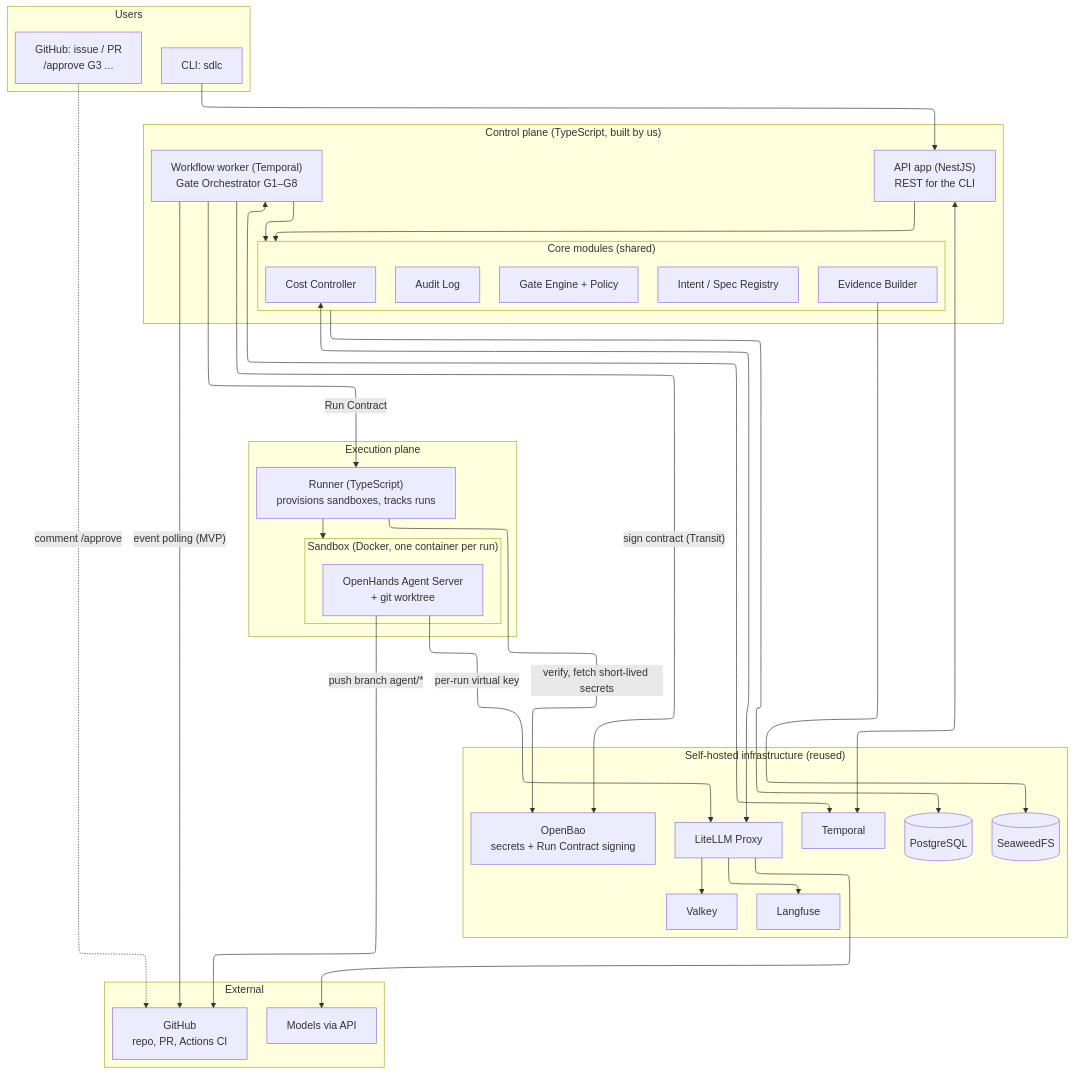
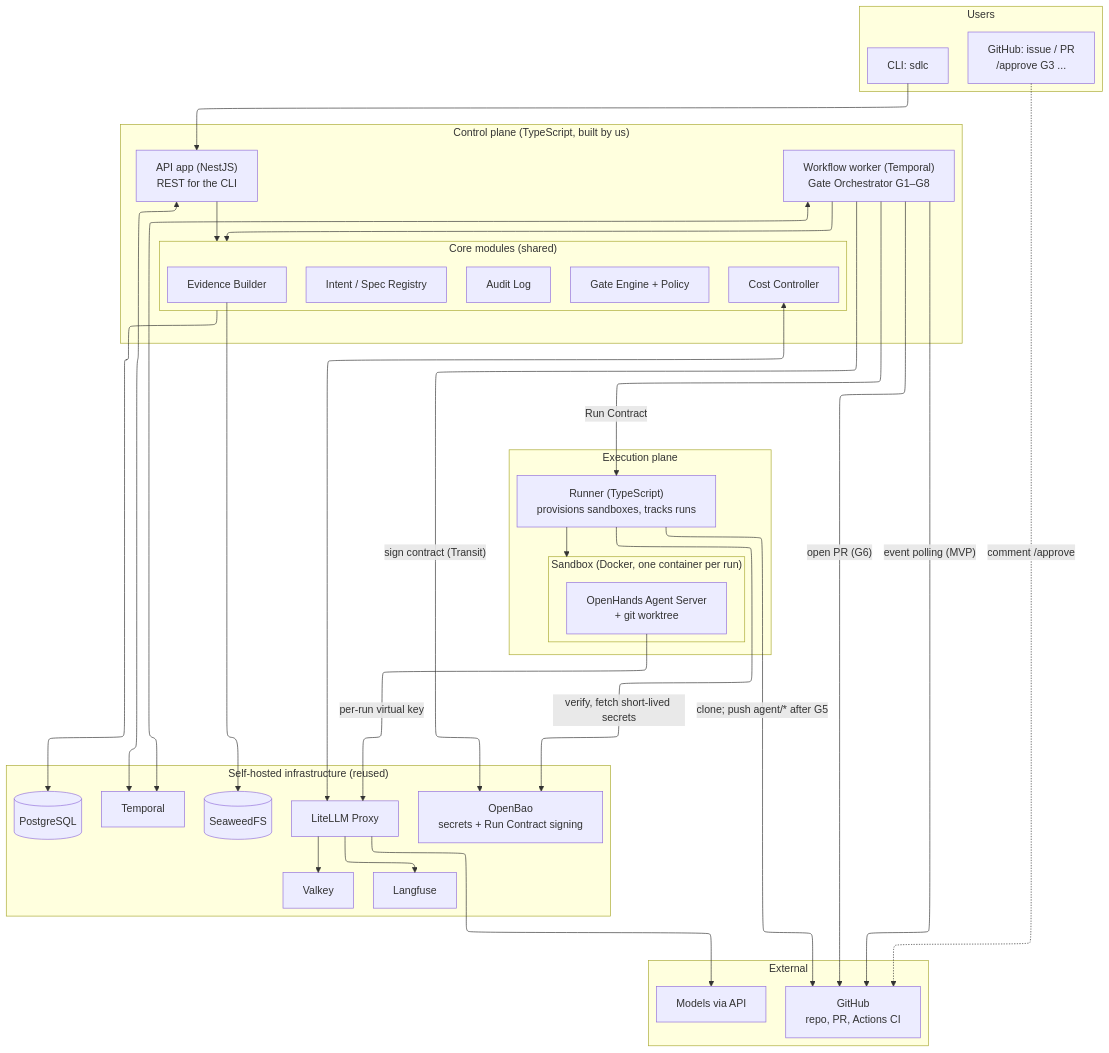
Before and after one commit to hoanghainh1188/agentic-sdlc-framework: the diagram in diagrams/src/d11-mvp-architecture.mmd, drawn with Mermaid. The commit also changed 61 other files, not shown here.

First line of the commit message:
C08 PR 1: push the checked changes and open the pull request at G6 (#133)

```diff
--- a/diagrams/src/d11-mvp-architecture.mmd
+++ b/diagrams/src/d11-mvp-architecture.mmd
@@ -1,65 +1,66 @@
 ---
 config:
   layout: elk
   flowchart:
     wrappingWidth: 300
 ---
 flowchart TB
     subgraph USER["Users"]
         CLI["CLI: sdlc"]
         GHUI["GitHub: issue / PR<br/>/approve G3 ..."]
     end
 
     subgraph CP["Control plane (TypeScript, built by us)"]
         API["API app (NestJS)<br/>REST for the CLI"]
         WK["Workflow worker (Temporal)<br/>Gate Orchestrator G1–G8"]
         subgraph MOD["Core modules (shared)"]
             REG["Intent / Spec Registry"]
             GATE["Gate Engine + Policy"]
             COST["Cost Controller"]
             EVD["Evidence Builder"]
             AUD["Audit Log"]
         end
     end
 
     subgraph EP["Execution plane"]
         RUN["Runner (TypeScript)<br/>provisions sandboxes, tracks runs"]
         subgraph SB["Sandbox (Docker, one container per run)"]
             OH["OpenHands Agent Server<br/>+ git worktree"]
         end
     end
 
     subgraph INFRA["Self-hosted infrastructure (reused)"]
         PG[("PostgreSQL")]
         TMP["Temporal"]
         LL["LiteLLM Proxy"]
         LF["Langfuse"]
         S3[("SeaweedFS")]
         VK["Valkey"]
         VAULT["OpenBao<br/>secrets + Run Contract signing"]
     end
 
     subgraph EXT["External"]
         GH["GitHub<br/>repo, PR, Actions CI"]
         LLM["Models via API"]
     end
 
     CLI --> API
     GHUI -. "comment /approve" .-> GH
     WK -- "event polling (MVP)" --> GH
     API --> MOD
     WK --> MOD
     API <--> TMP
     WK <--> TMP
     WK -- "Run Contract" --> RUN
     RUN --> SB
     OH -- "per-run virtual key" --> LL
     LL --> LLM
     LL --> LF
     LL --> VK
-    OH -- "push branch agent/*" --> GH
+    RUN -- "clone; push agent/* after G5" --> GH
+    WK -- "open PR (G6)" --> GH
     MOD --> PG
     EVD --> S3
     COST <--> LL
     WK -- "sign contract (Transit)" --> VAULT
     RUN -- "verify, fetch short-lived secrets" --> VAULT
```
